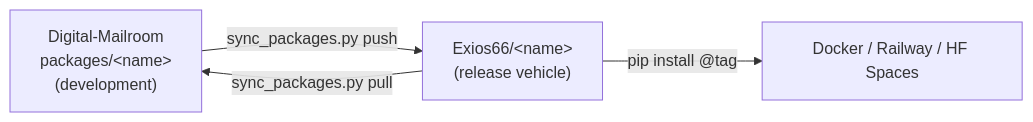
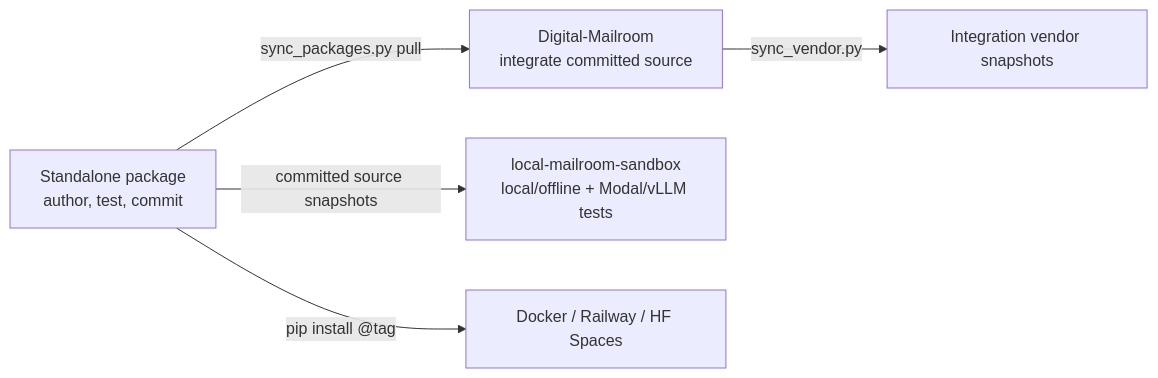
The second of 2 diagrams in docs/constellation/architecture.md (Exios66/llm-mailroom), drawn with Mermaid before and after one commit. The commit also changed other lines of this file and 13 other files, not shown here.

````diff
--- a/docs/constellation/architecture.md
+++ b/docs/constellation/architecture.md
@@ -94,6 +103,7 @@
 ```mermaid
 flowchart LR
-    DEV["Digital-Mailroom<br/>packages/&lt;name&gt;<br/>(development)"] -- "sync_packages.py push" --> UP["Exios66/&lt;name&gt;<br/>(release vehicle)"]
-    UP -- "sync_packages.py pull" --> DEV
+    UP["Standalone package<br/>author, test, commit"] -- "sync_packages.py pull" --> HUB["Digital-Mailroom<br/>integrate committed source"]
+    HUB -- "sync_vendor.py" --> VENDOR["Integration vendor snapshots"]
+    UP -- "committed source snapshots" --> SAND["local-mailroom-sandbox<br/>local/offline + Modal/vLLM tests"]
     UP -- "pip install @tag" --> DEPLOY["Docker / Railway / HF Spaces"]
 ```
````
